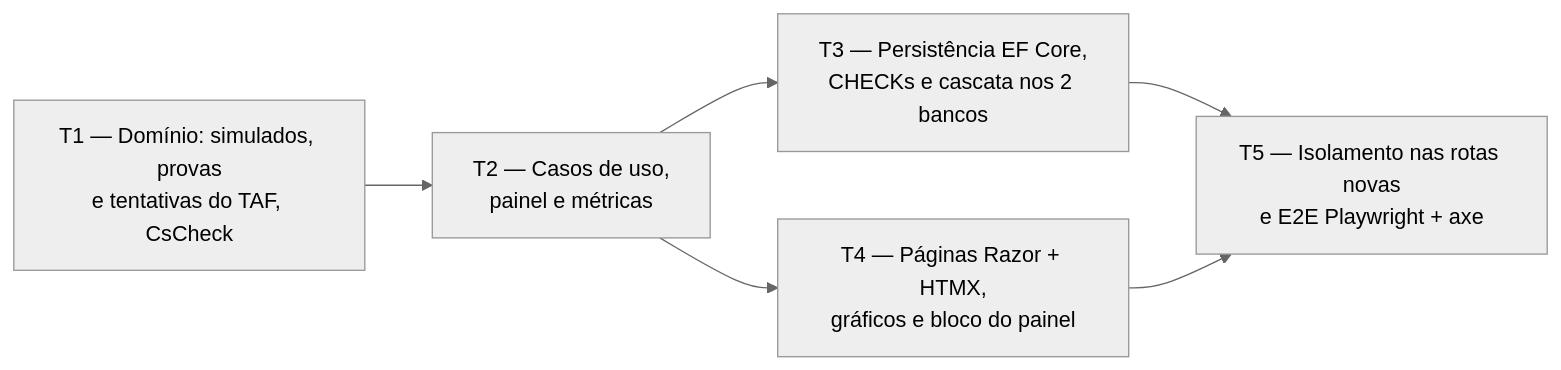
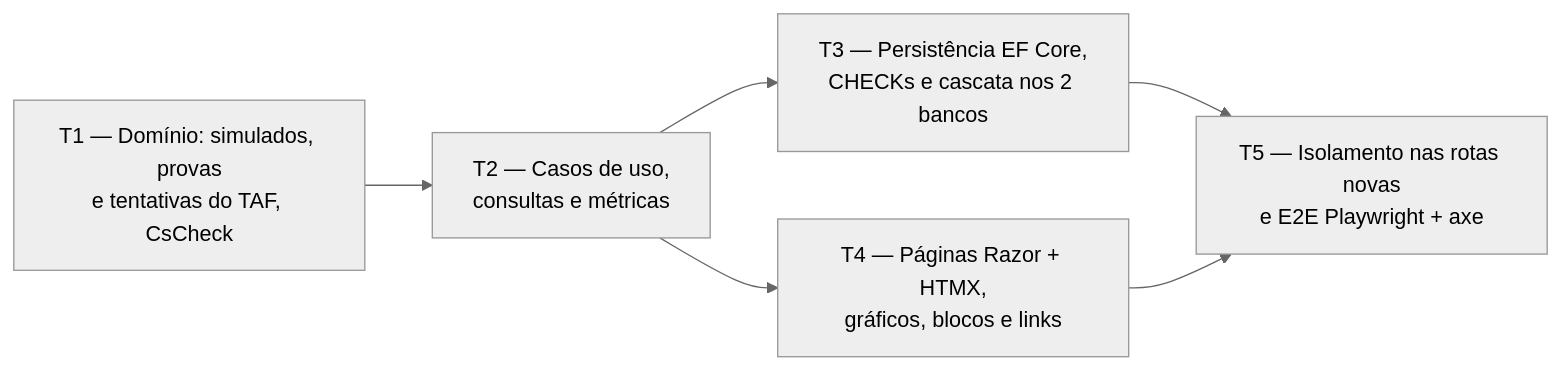
The diagram in docs/fases/fase-4-simulados-e-taf.md (vitorparras/Trail), drawn with Mermaid (neutral theme) before and after one commit. The commit also changed other lines of this file and 6 other files, not shown here.

````diff
--- a/docs/fases/fase-4-simulados-e-taf.md
+++ b/docs/fases/fase-4-simulados-e-taf.md
@@ -93,8 +101,8 @@
 ```mermaid
 flowchart LR
-    T1["T1 — Domínio: simulados, provas<br/>e tentativas do TAF, CsCheck"] --> T2["T2 — Casos de uso,<br/>painel e métricas"]
+    T1["T1 — Domínio: simulados, provas<br/>e tentativas do TAF, CsCheck"] --> T2["T2 — Casos de uso,<br/>consultas e métricas"]
     T2 --> T3["T3 — Persistência EF Core,<br/>CHECKs e cascata nos 2 bancos"]
-    T2 --> T4["T4 — Páginas Razor + HTMX,<br/>gráficos e bloco do painel"]
+    T2 --> T4["T4 — Páginas Razor + HTMX,<br/>gráficos, blocos e links"]
     T3 --> T5["T5 — Isolamento nas rotas novas<br/>e E2E Playwright + axe"]
     T4 --> T5
 ```
````
